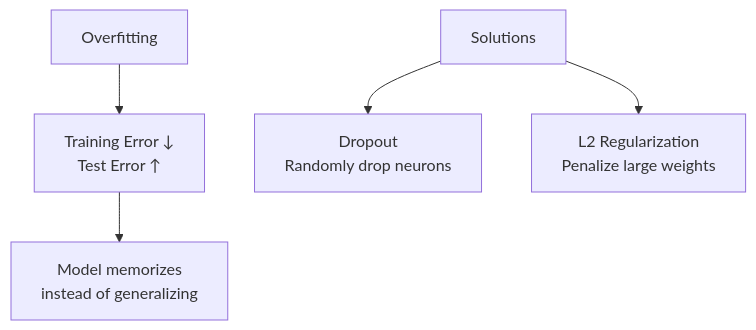
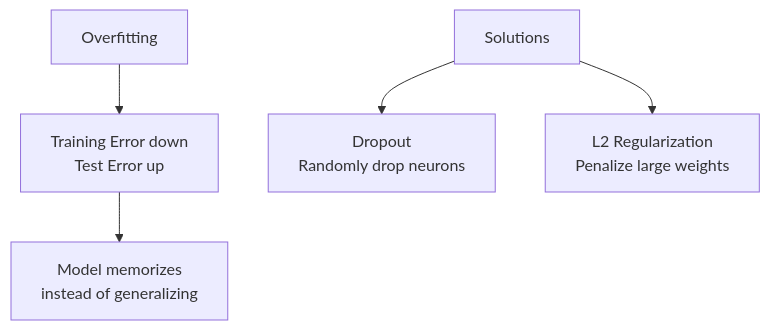
The second of 4 diagrams in answers.md (chinnaip/DeeplearingClassNotes), drawn with Mermaid before and after one commit. The commit also changed other lines of this file, not shown here.

````diff
--- a/answers.md
+++ b/answers.md
@@ -40,8 +40,8 @@
 ```mermaid
 graph TD
-    A[Overfitting] --> B[Training Error ↓<br/>Test Error ↑]
+    A[Overfitting] --> B[Training Error down<br/>Test Error up]
     B --> C[Model memorizes<br/>instead of generalizing]
     
     D[Solutions] --> E[Dropout<br/>Randomly drop neurons]
     D --> F[L2 Regularization<br/>Penalize large weights]
 ```
````
